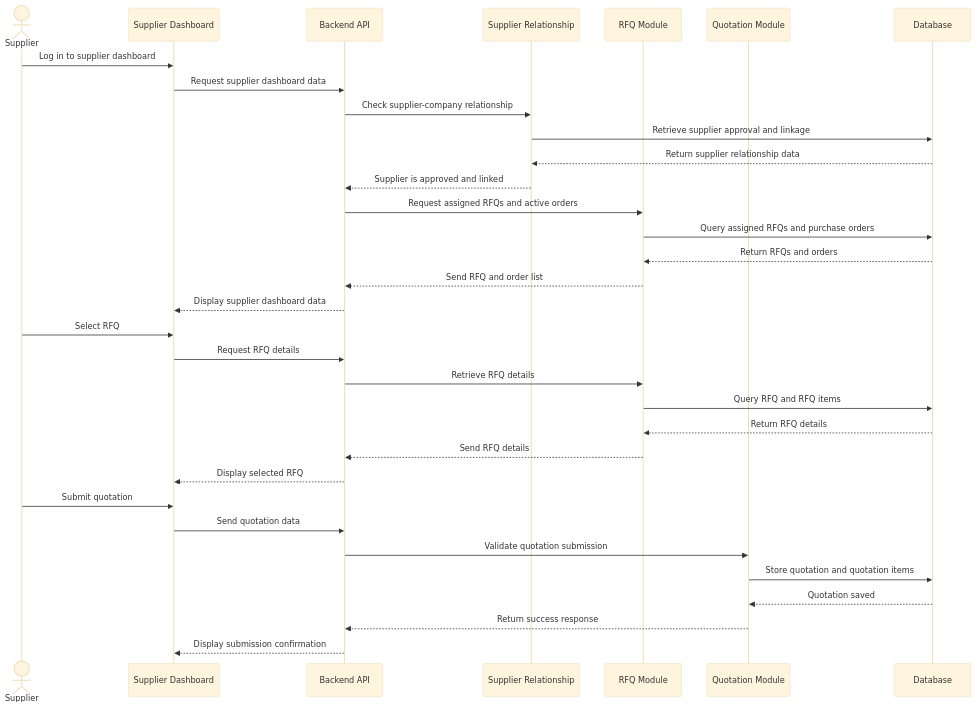
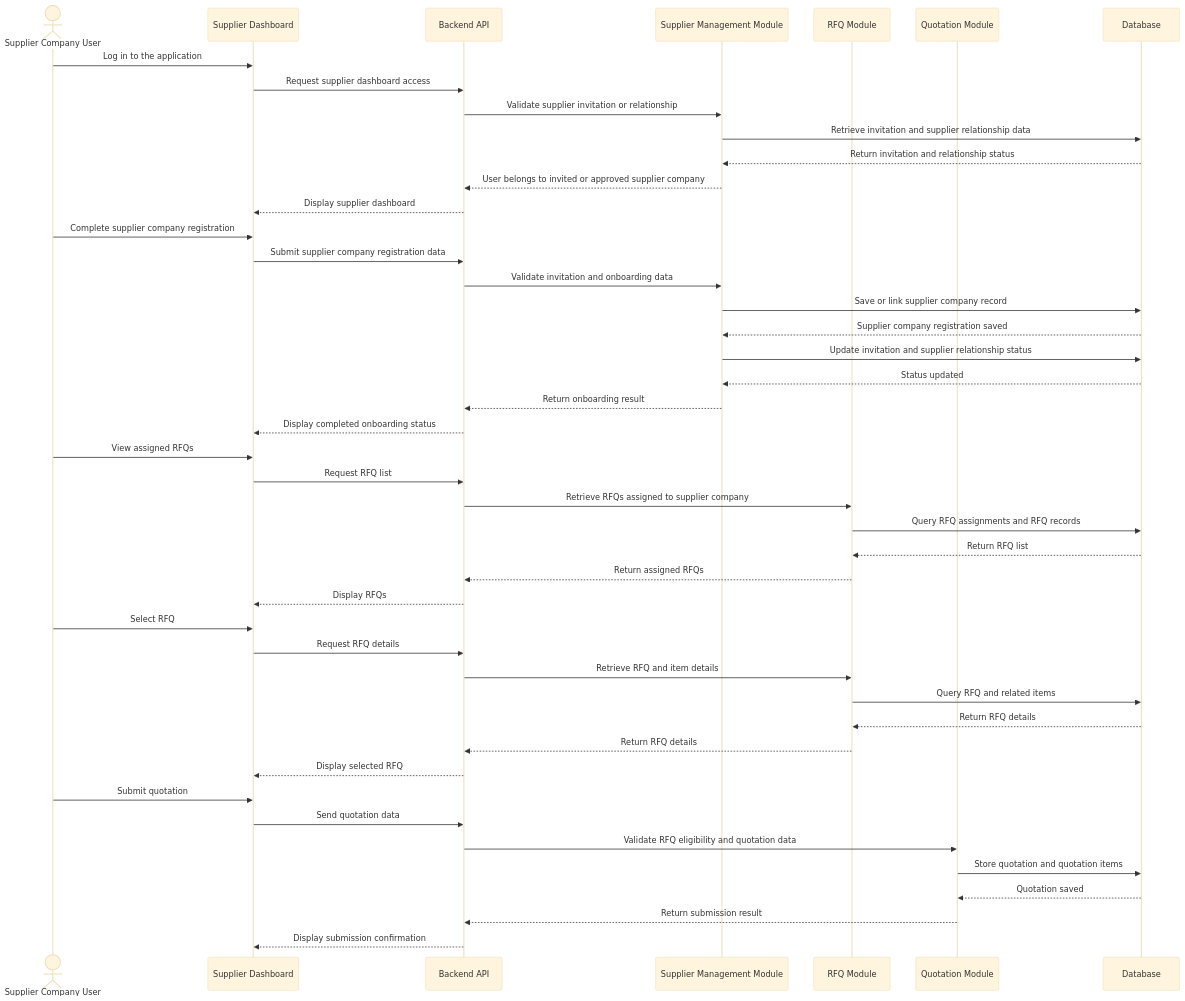
Before and after one commit to Wiii-1/LINAW: diagram 12 of 12 in docs/architecture/Low_Level_Design.md, drawn with Mermaid (base theme). The commit also changed other lines of this file and 1 other file, not shown here.

````diff
--- a/docs/architecture/Low_Level_Design.md
+++ b/docs/architecture/Low_Level_Design.md
@@ -884,39 +2418,52 @@
 ```mermaid
 sequenceDiagram
-    actor Supplier
+    actor SupplierUser as Supplier Company User
     participant UI as Supplier Dashboard
     participant API as Backend API
-    participant INV as Supplier Relationship
+    participant SUP as Supplier Management Module
     participant RFQ as RFQ Module
-    participant Q as Quotation Module
+    participant QUO as Quotation Module
     participant DB as Database
 
-    Supplier->>UI: Log in to supplier dashboard
-    UI->>API: Request supplier dashboard data
-    API->>INV: Check supplier-company relationship
-    INV->>DB: Retrieve supplier approval and linkage
-    DB-->>INV: Return supplier relationship data
-    INV-->>API: Supplier is approved and linked
+    SupplierUser->>UI: Log in to the application
+    UI->>API: Request supplier dashboard access
+    API->>SUP: Validate supplier invitation or relationship
+    SUP->>DB: Retrieve invitation and supplier relationship data
+    DB-->>SUP: Return invitation and relationship status
+    SUP-->>API: User belongs to invited or approved supplier company
+    API-->>UI: Display supplier dashboard
 
-    API->>RFQ: Request assigned RFQs and active orders
-    RFQ->>DB: Query assigned RFQs and purchase orders
-    DB-->>RFQ: Return RFQs and orders
-    RFQ-->>API: Send RFQ and order list
-    API-->>UI: Display supplier dashboard data
+    SupplierUser->>UI: Complete supplier company registration
+    UI->>API: Submit supplier company registration data
+    API->>SUP: Validate invitation and onboarding data
+    SUP->>DB: Save or link supplier company record
+    DB-->>SUP: Supplier company registration saved
+    SUP->>DB: Update invitation and supplier relationship status
+    DB-->>SUP: Status updated
+    SUP-->>API: Return onboarding result
+    API-->>UI: Display completed onboarding status
 
-    Supplier->>UI: Select RFQ
+    SupplierUser->>UI: View assigned RFQs
+    UI->>API: Request RFQ list
+    API->>RFQ: Retrieve RFQs assigned to supplier company
+    RFQ->>DB: Query RFQ assignments and RFQ records
+    DB-->>RFQ: Return RFQ list
+    RFQ-->>API: Return assigned RFQs
+    API-->>UI: Display RFQs
+
+    SupplierUser->>UI: Select RFQ
     UI->>API: Request RFQ details
-    API->>RFQ: Retrieve RFQ details
-    RFQ->>DB: Query RFQ and RFQ items
+    API->>RFQ: Retrieve RFQ and item details
+    RFQ->>DB: Query RFQ and related items
     DB-->>RFQ: Return RFQ details
-    RFQ-->>API: Send RFQ details
+    RFQ-->>API: Return RFQ details
     API-->>UI: Display selected RFQ
 
-    Supplier->>UI: Submit quotation
+    SupplierUser->>UI: Submit quotation
     UI->>API: Send quotation data
-    API->>Q: Validate quotation submission
-    Q->>DB: Store quotation and quotation items
-    DB-->>Q: Quotation saved
-    Q-->>API: Return success response
+    API->>QUO: Validate RFQ eligibility and quotation data
+    QUO->>DB: Store quotation and quotation items
+    DB-->>QUO: Quotation saved
+    QUO-->>API: Return submission result
     API-->>UI: Display submission confirmation
 ```
````
